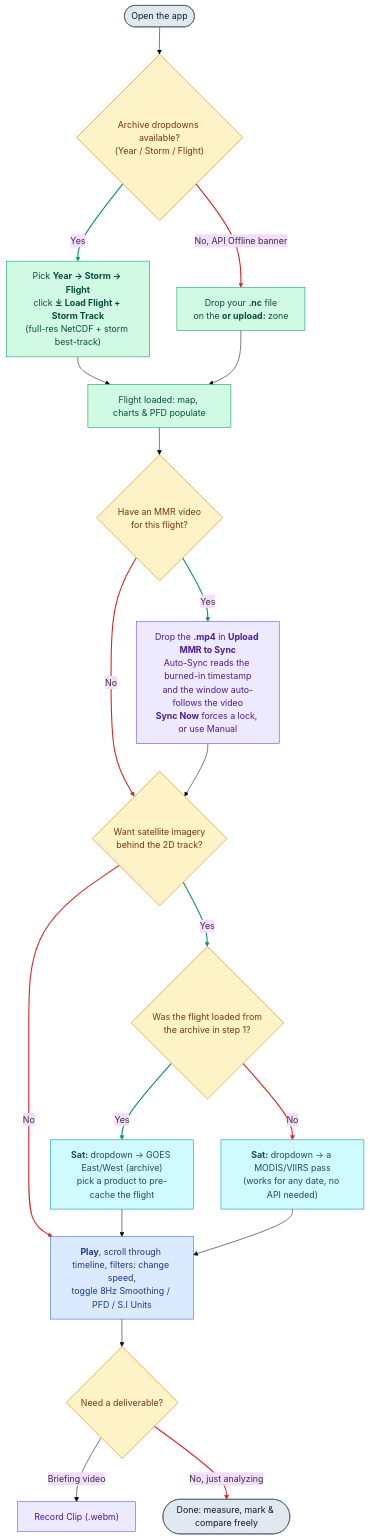
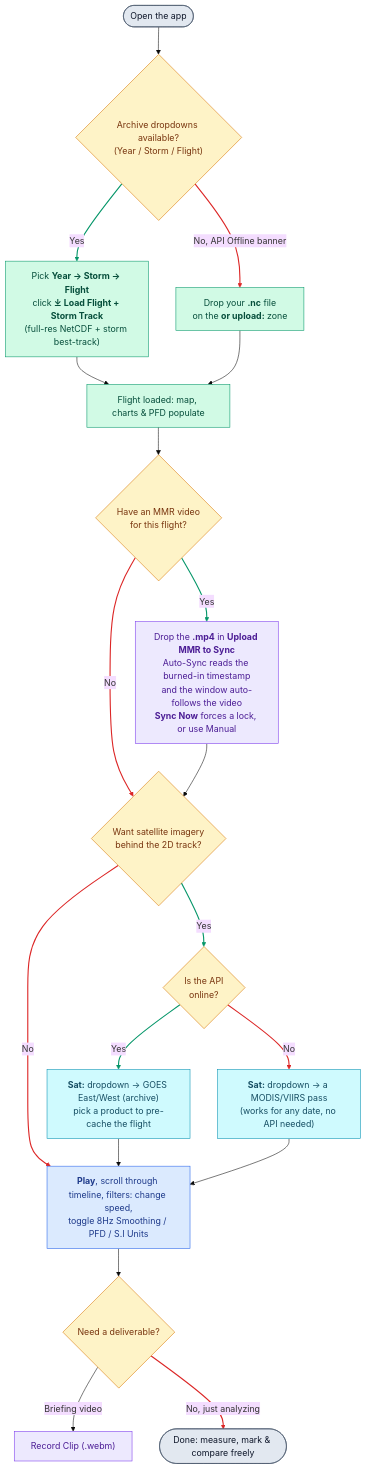
Before and after one commit to diegoxb07/AOCVisualizer: the diagram in README.md, drawn with Mermaid (base theme).

````diff
--- a/README.md
+++ b/README.md
@@ -17,37 +17,37 @@
 ```mermaid
 flowchart TD
     START(["Open the app"]) --> ARCHIVE{"Archive dropdowns available?<br>(Year / Storm / Flight)"}
     ARCHIVE -- "Yes" --> LOADARC["Pick <b>Year → Storm → Flight</b><br>click <b>⤓ Load Flight + Storm Track</b><br>(full-res NetCDF + storm best-track)"]
     ARCHIVE -- "No, API Offline banner" --> UPLOAD["Drop your <b>.nc</b> file<br>on the <b>or upload:</b> zone"]
     LOADARC --> LOADED["Flight loaded: map, charts & PFD populate"]
     UPLOAD --> LOADED
     LOADED --> MMR{"Have an MMR video<br>for this flight?"}
     MMR -- "Yes" --> VIDEO["Drop the <b>.mp4</b> in <b>Upload MMR to Sync</b><br>Auto-Sync reads the burned-in timestamp<br>and the window auto-follows the video<br><b>Sync Now</b> forces a lock, or use Manual"]
     MMR -- "No" --> SAT{"Want satellite imagery<br>behind the 2D track?"}
     VIDEO --> SAT
-    SAT -- "Yes" --> FROMARC{"Was the flight loaded from<br>the archive in step 1?"}
+    SAT -- "Yes" --> FROMARC{"Is the API<br>online?"}
     FROMARC -- "Yes" --> SATGOES["<b>Sat:</b> dropdown → GOES East/West (archive)<br>pick a product to pre-cache the flight"]
     FROMARC -- "No" --> SATPOLAR["<b>Sat:</b> dropdown → a MODIS/VIIRS pass<br>(works for any date, no API needed)"]
     SAT -- "No" --> PLAY["<b>Play</b>, scroll through timeline, filters: change speed,<br>toggle 8Hz Smoothing / PFD / S.I Units"]
     SATGOES --> PLAY
     SATPOLAR --> PLAY
     PLAY --> EXPORT{"Need a deliverable?"}
     EXPORT -- "Briefing video" --> CLIP["Record Clip (.webm)"]
     EXPORT -- "No, just analyzing" --> DONE(["Done: measure, mark & compare freely"])
 
     classDef decision fill:#fef3c7,stroke:#d97706,color:#78350f
     classDef data fill:#d1fae5,stroke:#059669,color:#064e3b
     classDef mmr fill:#ede9fe,stroke:#7c3aed,color:#4c1d95
     classDef sat fill:#cffafe,stroke:#0891b2,color:#164e63
     classDef playback fill:#dbeafe,stroke:#2563eb,color:#1e3a8a
     classDef term fill:#e2e8f0,stroke:#475569,color:#0f172a
     class ARCHIVE,MMR,SAT,FROMARC,EXPORT decision
     class LOADARC,UPLOAD,LOADED data
     class VIDEO,CLIP mmr
     class SATGOES,SATPOLAR sat
     class PLAY playback
     class START,DONE term
     %% linkStyle numbers = edge definition order above; update them if edges are added or reordered
     linkStyle 1,6,9,10 stroke:#059669,stroke-width:2px
     linkStyle 2,7,11,12,17 stroke:#dc2626,stroke-width:2px
 ```
````
